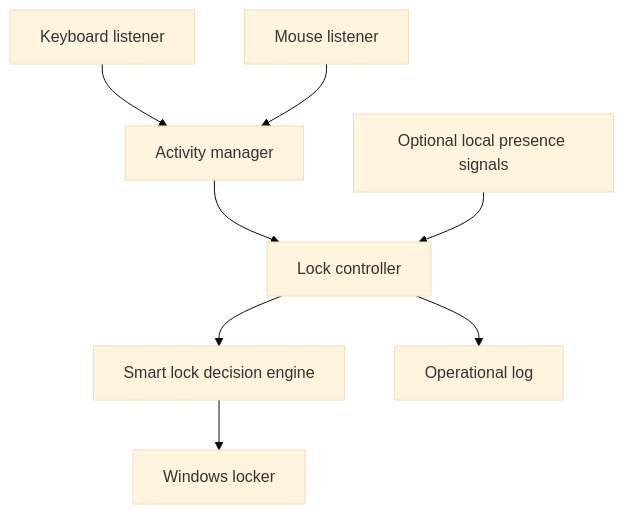
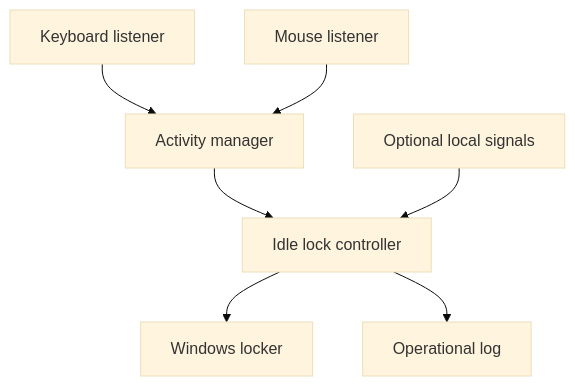
One commit to dev-collaboration-hub/sentinel-lock changed the diagram in docs/ARCHITECTURE.md. Above: the diagram before and after it, drawn with Mermaid (base theme). The commit also changed other lines of this file, not shown here.

Commit message:
Simplify smart lock architecture

````diff
--- a/docs/ARCHITECTURE.md
+++ b/docs/ARCHITECTURE.md
@@ -22,10 +16,9 @@
 ```mermaid
 flowchart TD
     K["Keyboard listener"] --> A["Activity manager"]
     M["Mouse listener"] --> A
-    A --> C["Lock controller"]
-    P["Optional local presence signals"] --> C
-    C --> D["Smart lock decision engine"]
-    D --> L["Windows locker"]
+    A --> C["Idle lock controller"]
+    P["Optional local signals"] --> C
+    C --> L["Windows locker"]
     C --> O["Operational log"]
 ```
````
